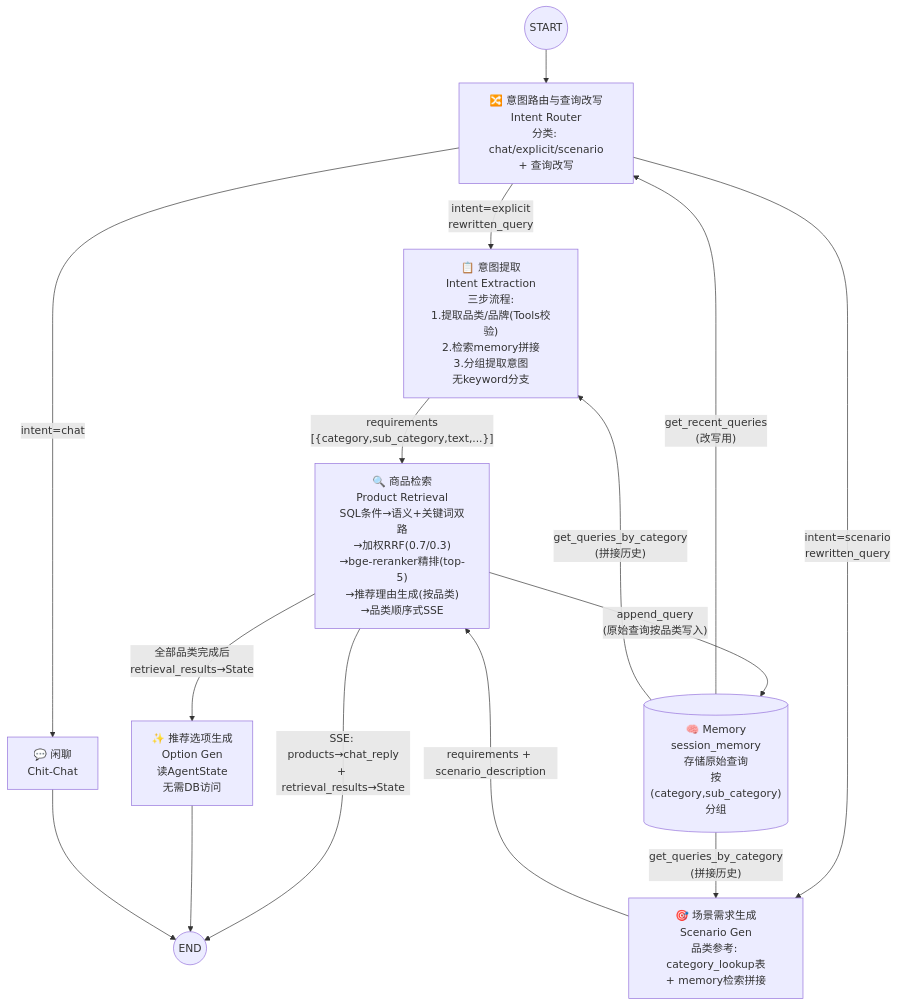
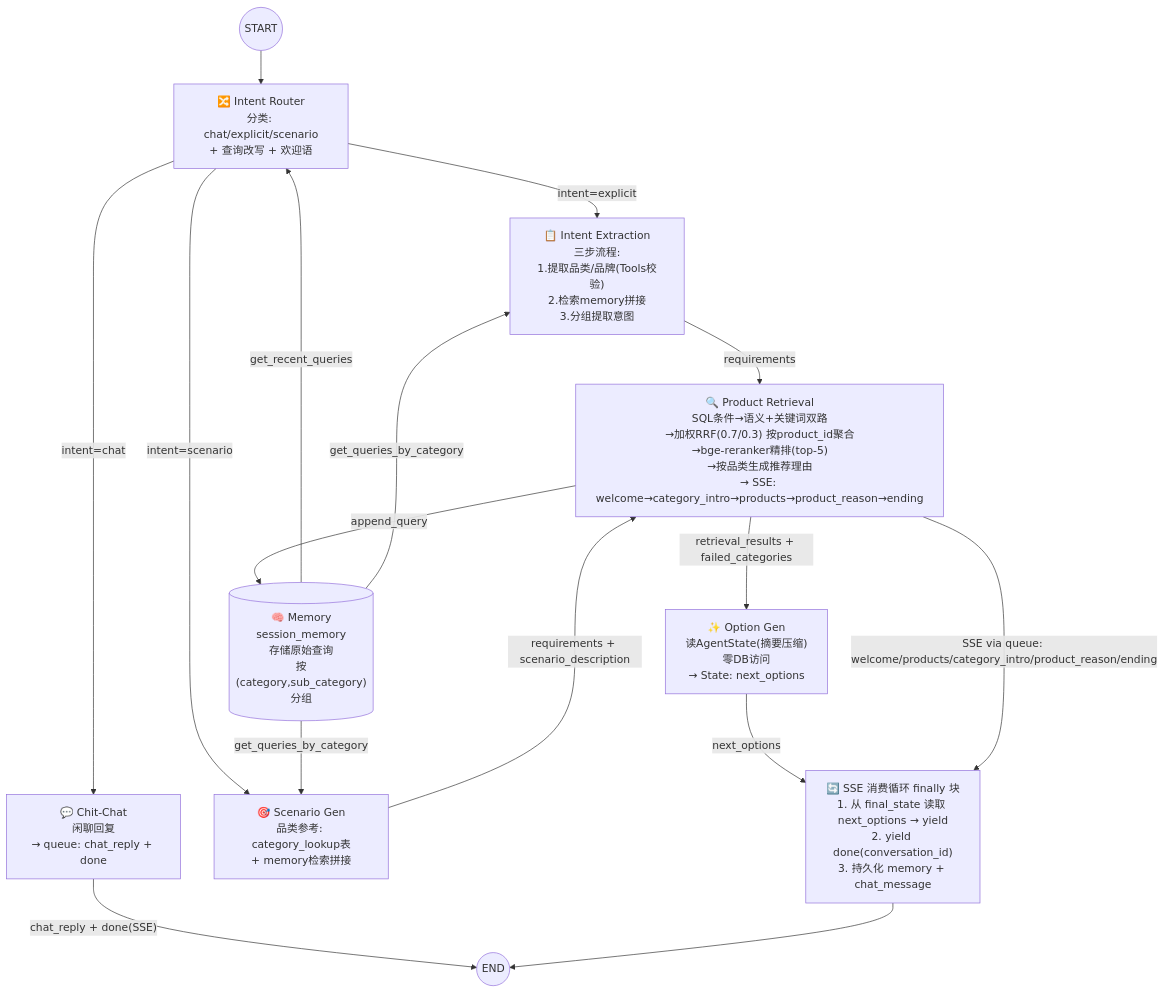
The first of 2 diagrams in server/docs/AGENT_OPT/GENERAL/SPEC.md (Crystalzhouby/AuraCart), drawn with Mermaid before and after one commit. The commit also changed other lines of this file and 28 other files, not shown here.

````diff
--- a/server/docs/AGENT_OPT/GENERAL/SPEC.md
+++ b/server/docs/AGENT_OPT/GENERAL/SPEC.md
@@ -282,22 +407,23 @@
 ```mermaid
 graph TD
-    START((START)) --> router["🔀 意图路由与查询改写<br/>Intent Router<br/>分类: chat/explicit/scenario<br/>+ 查询改写"]
+    START((START)) --> router["🔀 Intent Router<br/>分类: chat/explicit/scenario<br/>+ 查询改写 + 欢迎语"]
 
-    router -->|"intent=chat"| chat["💬 闲聊<br/>Chit-Chat"]
-    router -->|"intent=explicit<br/>rewritten_query"| extract["📋 意图提取<br/>Intent Extraction<br/>三步流程:<br/>1.提取品类/品牌(Tools校验)<br/>2.检索memory拼接<br/>3.分组提取意图<br/>无keyword分支"]
-    router -->|"intent=scenario<br/>rewritten_query"| scenario["🎯 场景需求生成<br/>Scenario Gen<br/>品类参考: category_lookup表<br/>+ memory检索拼接"]
+    router -->|"intent=chat"| chat["💬 Chit-Chat<br/>闲聊回复<br/>→ queue: chat_reply + done"]
+    router -->|"intent=explicit"| extract["📋 Intent Extraction<br/>三步流程:<br/>1.提取品类/品牌(Tools校验)<br/>2.检索memory拼接<br/>3.分组提取意图"]
+    router -->|"intent=scenario"| scenario["🎯 Scenario Gen<br/>品类参考: category_lookup表<br/>+ memory检索拼接"]
 
-    memory_r[("🧠 Memory<br/>session_memory<br/>存储原始查询<br/>按(category,sub_category)分组")] -->|"get_recent_queries<br/>(改写用)"| router
-    memory_r -->|"get_queries_by_category<br/>(拼接历史)"| extract
-    memory_r -->|"get_queries_by_category<br/>(拼接历史)"| scenario
+    memory_r[("🧠 Memory<br/>session_memory<br/>存储原始查询<br/>按(category,sub_category)分组")] -->|"get_recent_queries"| router
+    memory_r -->|"get_queries_by_category"| extract
+    memory_r -->|"get_queries_by_category"| scenario
 
-    extract -->|"requirements<br/>[{category,sub_category,text,...}]"| retrieve["🔍 商品检索<br/>Product Retrieval<br/>SQL条件→语义+关键词双路<br/>→加权RRF(0.7/0.3)<br/>→bge-reranker精排(top-5)<br/>→推荐理由生成(按品类)<br/>→品类顺序式SSE"]
+    extract -->|"requirements"| retrieve["🔍 Product Retrieval<br/>SQL条件→语义+关键词双路<br/>→加权RRF(0.7/0.3) 按product_id聚合<br/>→bge-reranker精排(top-5)<br/>→按品类生成推荐理由<br/>→ SSE: welcome→category_intro→products→product_reason→ending"]
     scenario -->|"requirements + scenario_description"| retrieve
 
-    retrieve -->|"append_query<br/>(原始查询按品类写入)"| memory_r
-    retrieve -->|"SSE: products→chat_reply<br/>+ retrieval_results→State"| END_((END))
-    retrieve -->|"全部品类完成后<br/>retrieval_results→State"| options["✨ 推荐选项生成<br/>Option Gen<br/>读AgentState<br/>无需DB访问"]
-    options --> END_
+    retrieve -->|"append_query"| memory_r
+    retrieve -->|"retrieval_results + failed_categories"| options["✨ Option Gen<br/>读AgentState(摘要压缩)<br/>零DB访问<br/>→ State: next_options"]
 
-    chat --> END_
+    chat -->|"chat_reply + done(SSE)"| END_((END))
+    options -->|"next_options"| consumer["🔄 SSE 消费循环 finally 块<br/>1. 从 final_state 读取 next_options → yield<br/>2. yield done(conversation_id)<br/>3. 持久化 memory + chat_message"]
+    retrieve -->|"SSE via queue: welcome/products/category_intro/product_reason/ending"| consumer
+    consumer --> END_
 ```
````
